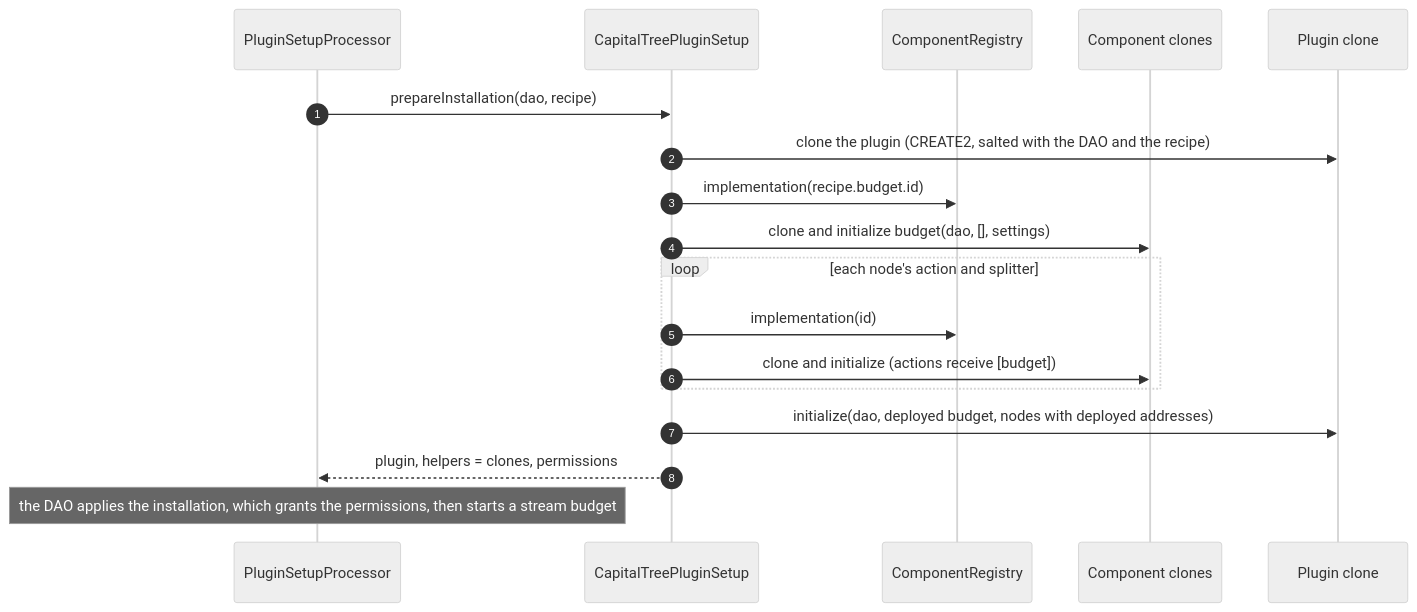
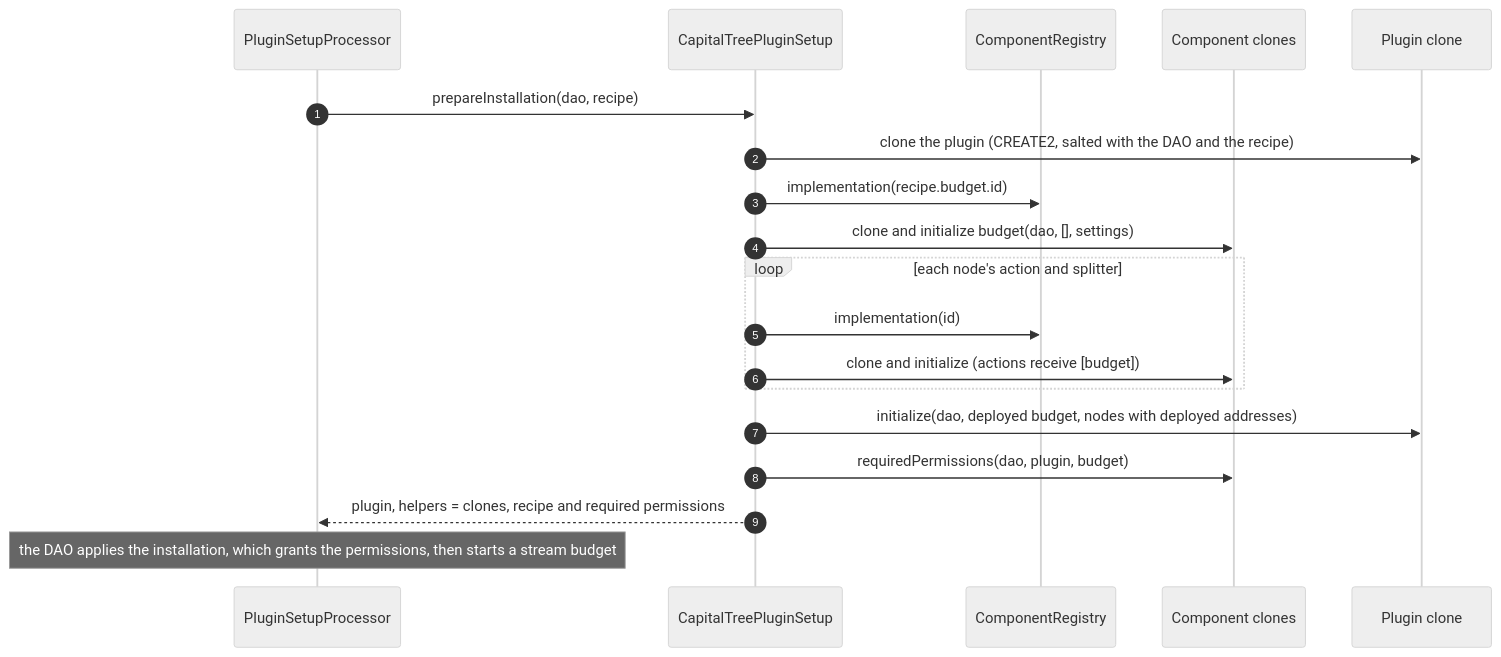
The ninth of 10 diagrams in README.md (antfarm-official/tree-capital), drawn with Mermaid (neutral theme) before and after one commit. The commit also changed other lines of this file and 23 other files, not shown here.

````diff
--- a/README.md
+++ b/README.md
@@ -452,21 +458,22 @@
 ```mermaid
 sequenceDiagram
     autonumber
     participant PSP as PluginSetupProcessor
     participant Setup as CapitalTreePluginSetup
     participant Registry as ComponentRegistry
     participant Clones as Component clones
     participant Plugin as Plugin clone
 
     PSP->>Setup: prepareInstallation(dao, recipe)
     Setup->>Plugin: clone the plugin (CREATE2, salted with the DAO and the recipe)
     Setup->>Registry: implementation(recipe.budget.id)
     Setup->>Clones: clone and initialize budget(dao, [], settings)
     loop each node's action and splitter
         Setup->>Registry: implementation(id)
         Setup->>Clones: clone and initialize (actions receive [budget])
     end
     Setup->>Plugin: initialize(dao, deployed budget, nodes with deployed addresses)
-    Setup-->>PSP: plugin, helpers = clones, permissions
+    Setup->>Clones: requiredPermissions(dao, plugin, budget)
+    Setup-->>PSP: plugin, helpers = clones, recipe and required permissions
     Note over PSP: the DAO applies the installation, which grants the permissions, then starts a stream budget
 ```
````
